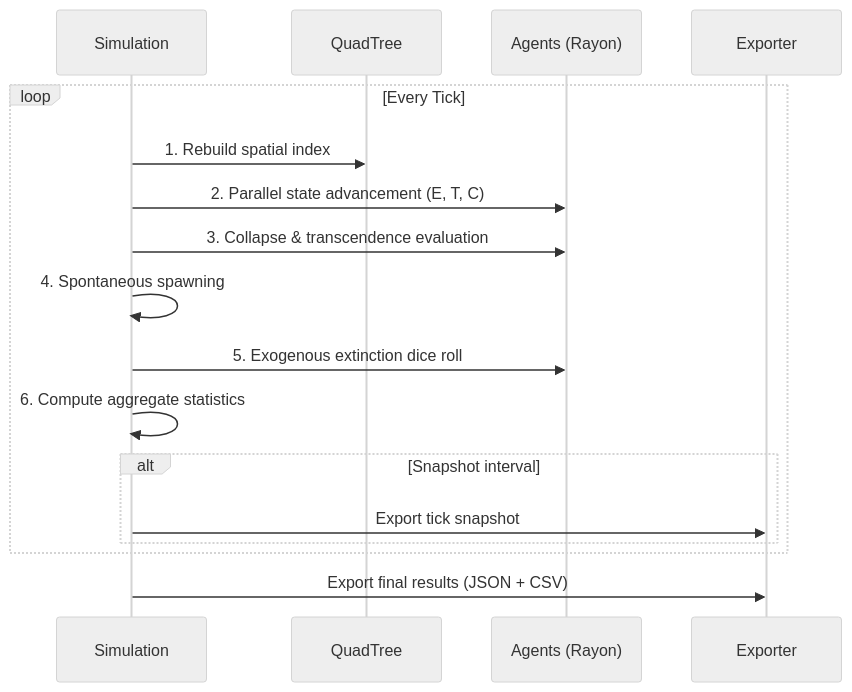
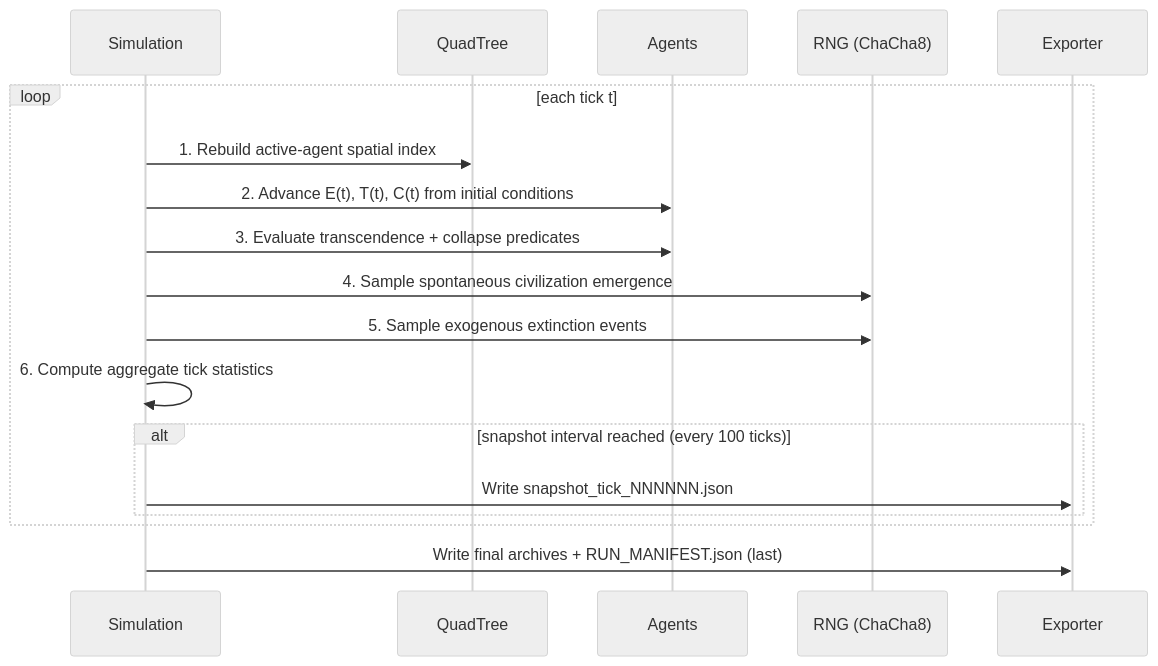
One commit to LiranOG/CAT-Simulation-Engine changed the second of 3 diagrams in README.md. Above: the diagram before and after it, drawn with Mermaid (neutral theme). The commit also changed other lines of this file and 40 other files, not shown here.

Commit message:
docs: fix all documentation errors — ChaCha8Rng, test count 35/35, CLI flags, Rust 1.78 MSRV

````diff
--- a/README.md
+++ b/README.md
@@ -61,20 +123,21 @@
 ```mermaid
 sequenceDiagram
     participant S as Simulation
     participant Q as QuadTree
-    participant A as Agents (Rayon)
-    participant E as Exporter
+    participant A as Agents
+    participant R as RNG (ChaCha8)
+    participant X as Exporter
 
-    loop Every Tick
-        S->>Q: 1. Rebuild spatial index
-        S->>A: 2. Parallel state advancement (E, T, C)
-        S->>A: 3. Collapse & transcendence evaluation
-        S->>S: 4. Spontaneous spawning
-        S->>A: 5. Exogenous extinction dice roll
-        S->>S: 6. Compute aggregate statistics
-        alt Snapshot interval
-            S->>E: Export tick snapshot
+    loop each tick t
+        S->>Q: 1. Rebuild active-agent spatial index
+        S->>A: 2. Advance E(t), T(t), C(t) from initial conditions
+        S->>A: 3. Evaluate transcendence + collapse predicates
+        S->>R: 4. Sample spontaneous civilization emergence
+        S->>R: 5. Sample exogenous extinction events
+        S->>S: 6. Compute aggregate tick statistics
+        alt snapshot interval reached (every 100 ticks)
+            S->>X: Write snapshot_tick_NNNNNN.json
         end
     end
-    S->>E: Export final results (JSON + CSV)
+    S->>X: Write final archives + RUN_MANIFEST.json (last)
 ```
````
